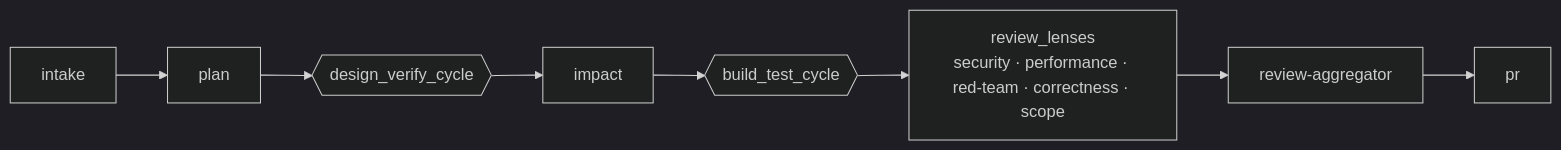
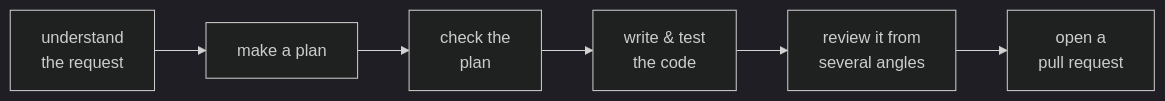
The diagram in README.md (ezigus/zBuild), drawn with Mermaid (dark theme) before and after one commit. The commit also changed other lines of this file and 1 other file, not shown here.

````diff
--- a/README.md
+++ b/README.md
@@ -19,10 +51,8 @@
 ```mermaid
 flowchart LR
-    intake[intake] --> plan[plan]
-    plan --> dvc{{design_verify_cycle}}
-    dvc --> impact[impact]
-    impact --> btc{{build_test_cycle}}
-    btc --> lenses[review_lenses<br/>security · performance · red-team · correctness · scope]
-    lenses --> agg[review-aggregator]
-    agg --> pr[pr]
+    A[understand<br/>the request] --> B[make a plan]
+    B --> C[check the<br/>plan]
+    C --> D[write &amp; test<br/>the code]
+    D --> E[review it from<br/>several angles]
+    E --> F[open a<br/>pull request]
 ```
````
